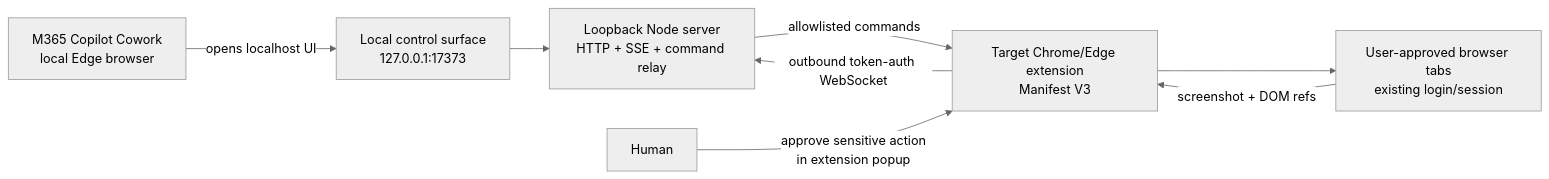
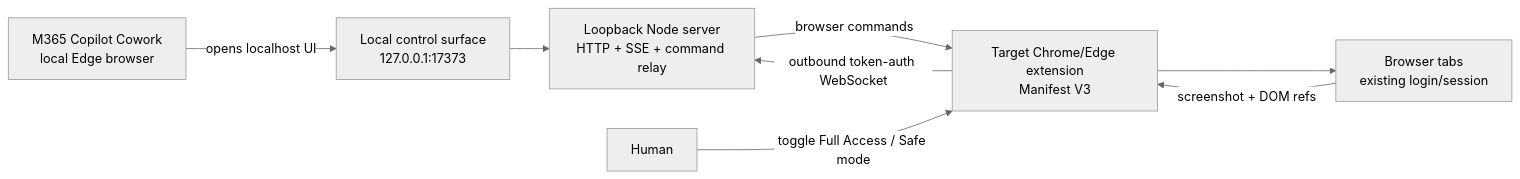
The diagram in README.md (flrngel/local-browser-bridge), drawn with Mermaid (neutral theme) before and after one commit. The commit also changed other lines of this file and 22 other files, not shown here.

Commit message:
feat: add full access browser control

````diff
--- a/README.md
+++ b/README.md
@@ -22,10 +23,10 @@
 ```mermaid
 flowchart LR
   A["M365 Copilot Cowork<br/>local Edge browser"] -->|"opens localhost UI"| B["Local control surface<br/>127.0.0.1:17373"]
   B --> C["Loopback Node server<br/>HTTP + SSE + command relay"]
   D["Target Chrome/Edge extension<br/>Manifest V3"] -->|"outbound token-auth WebSocket"| C
-  C -->|"allowlisted commands"| D
-  D --> E["User-approved browser tabs<br/>existing login/session"]
+  C -->|"browser commands"| D
+  D --> E["Browser tabs<br/>existing login/session"]
   E -->|"screenshot + DOM refs"| D
-  F["Human"] -->|"approve sensitive action<br/>in extension popup"| D
+  F["Human"] -->|"toggle Full Access / Safe mode"| D
 ```
````
